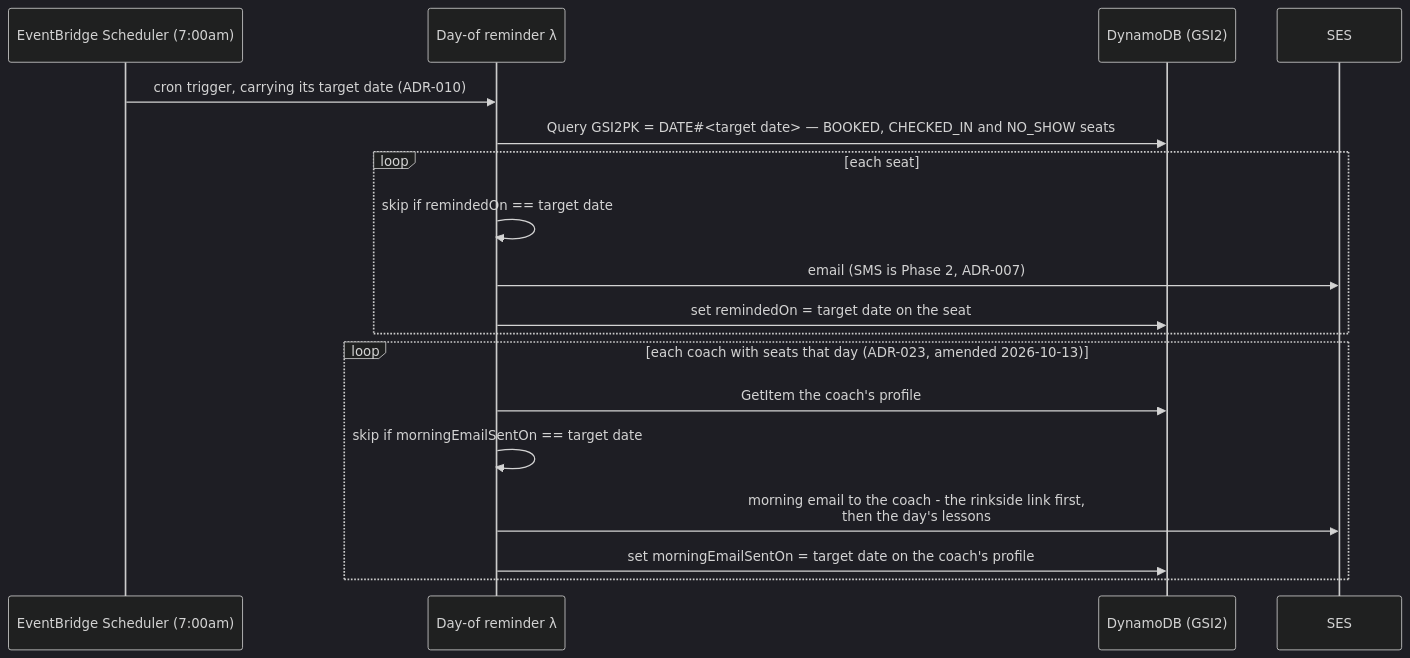
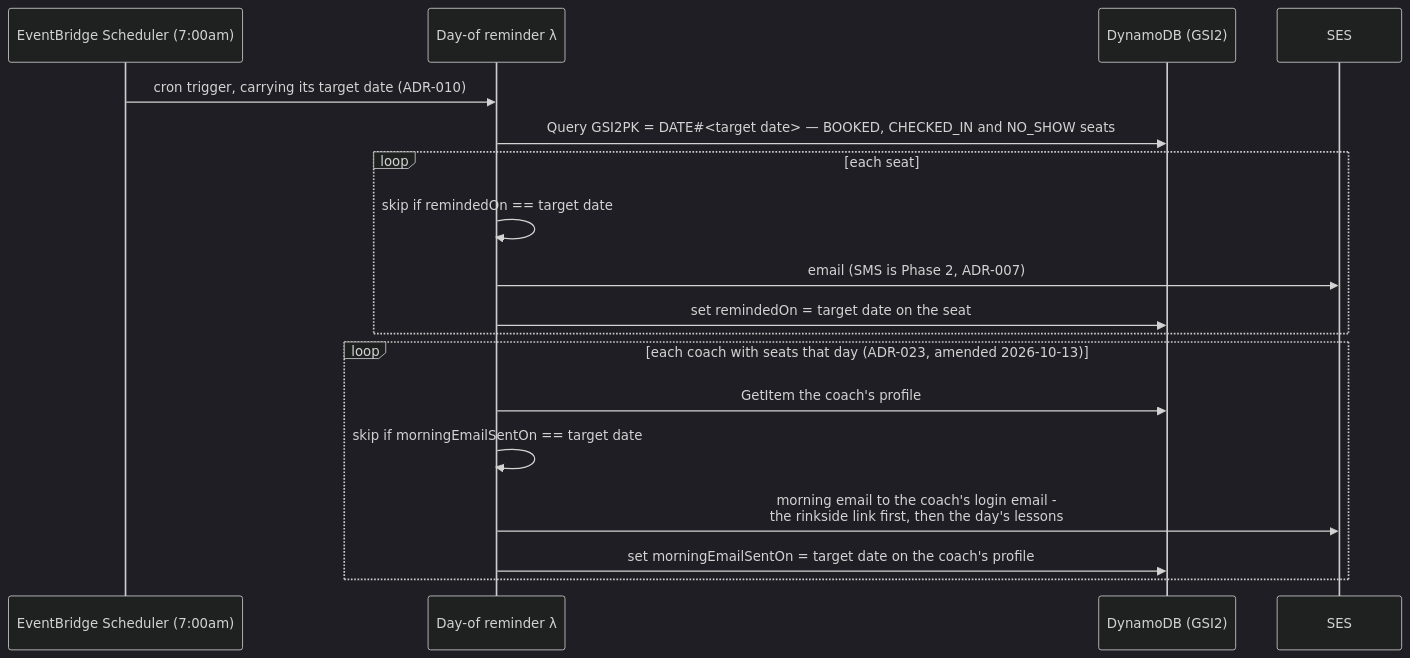
The tenth of 28 diagrams in docs/architecture.md (jessicamvega6/bladebook), drawn with Mermaid (dark theme) before and after one commit. The commit also changed other lines of this file and 17 other files, not shown here.

First line of the commit message:
CI on GitHub Actions (ADR-032), canary after deploys, coach email to login address

````diff
--- a/docs/architecture.md
+++ b/docs/architecture.md
@@ -864,20 +864,20 @@
 ```mermaid
 sequenceDiagram
     participant Sch as EventBridge Scheduler (7:00am)
     participant R as Day-of reminder λ
     participant DB as DynamoDB (GSI2)
     participant N as SES
     Sch->>R: cron trigger, carrying its target date (ADR-010)
     R->>DB: Query GSI2PK = DATE#35;<target date> — BOOKED, CHECKED_IN and NO_SHOW seats
     loop each seat
         R->>R: skip if remindedOn == target date
         R->>N: email (SMS is Phase 2, ADR-007)
         R->>DB: set remindedOn = target date on the seat
     end
     loop each coach with seats that day (ADR-023, amended 2026-10-13)
         R->>DB: GetItem the coach's profile
         R->>R: skip if morningEmailSentOn == target date
-        R->>N: morning email to the coach - the rinkside link first,<br/>then the day's lessons
+        R->>N: morning email to the coach's login email -<br/>the rinkside link first, then the day's lessons
         R->>DB: set morningEmailSentOn = target date on the coach's profile
     end
 ```
````
